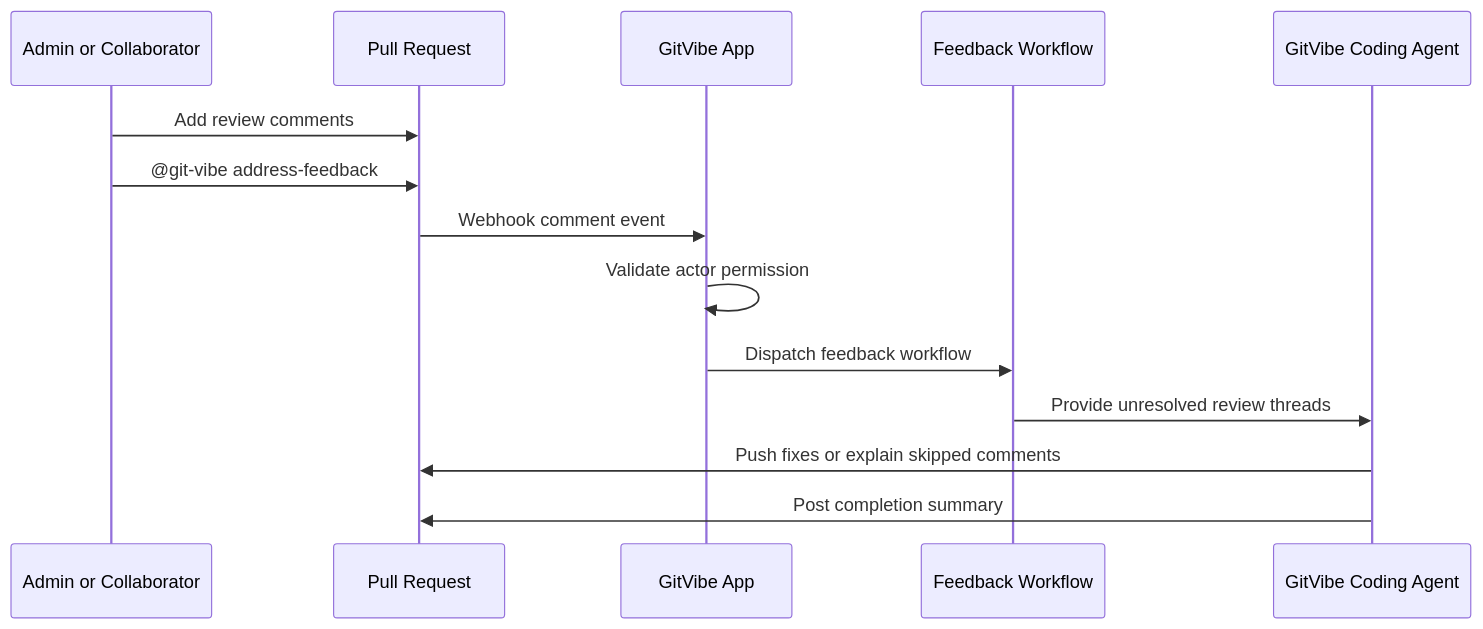
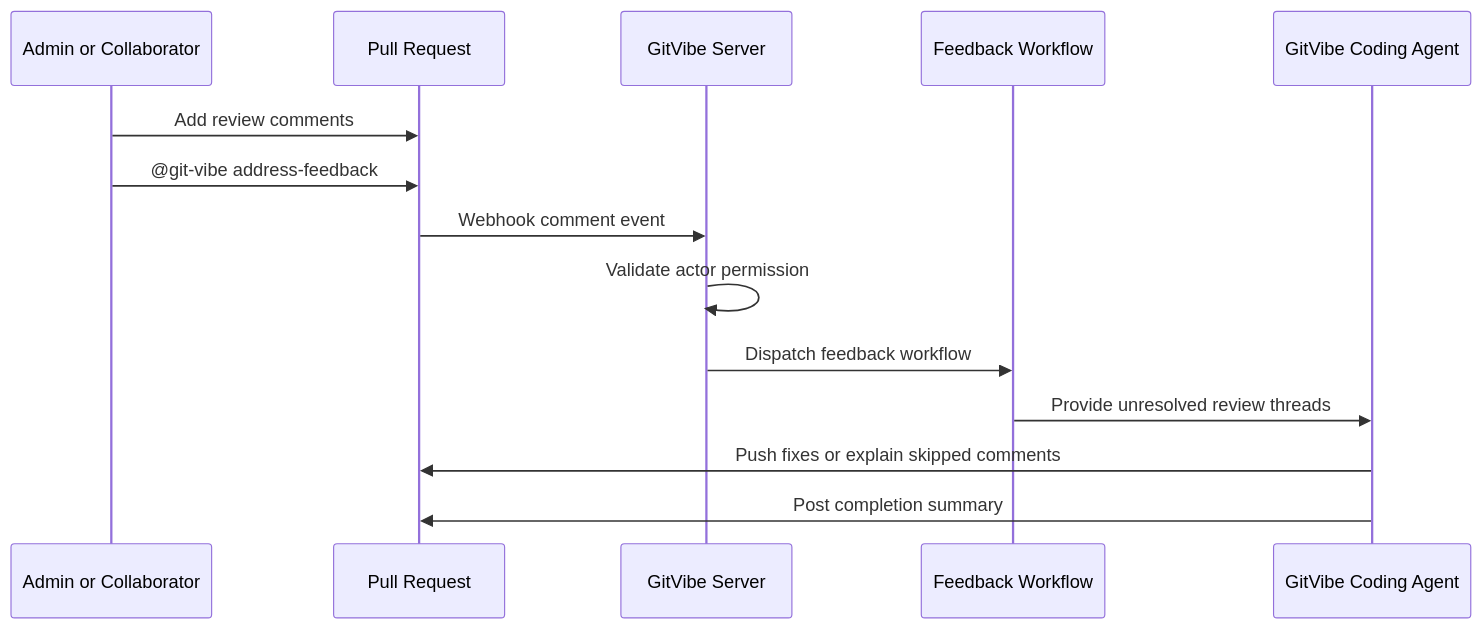
The fifth of 5 diagrams in docs/WORKFLOW.md (markhuangai/git-vibe), drawn with Mermaid before and after one commit. The commit also changed other lines of this file and 21 other files, not shown here.

````diff
--- a/docs/WORKFLOW.md
+++ b/docs/WORKFLOW.md
@@ -227,17 +227,17 @@
 ```mermaid
 sequenceDiagram
   participant M as Admin or Collaborator
   participant PR as Pull Request
-  participant App as GitVibe App
+  participant App as GitVibe Server
   participant WF as Feedback Workflow
   participant Agent as GitVibe Coding Agent
 
   M->>PR: Add review comments
   M->>PR: @git-vibe address-feedback
   PR->>App: Webhook comment event
   App->>App: Validate actor permission
   App->>WF: Dispatch feedback workflow
   WF->>Agent: Provide unresolved review threads
   Agent->>PR: Push fixes or explain skipped comments
   Agent->>PR: Post completion summary
 ```
````
